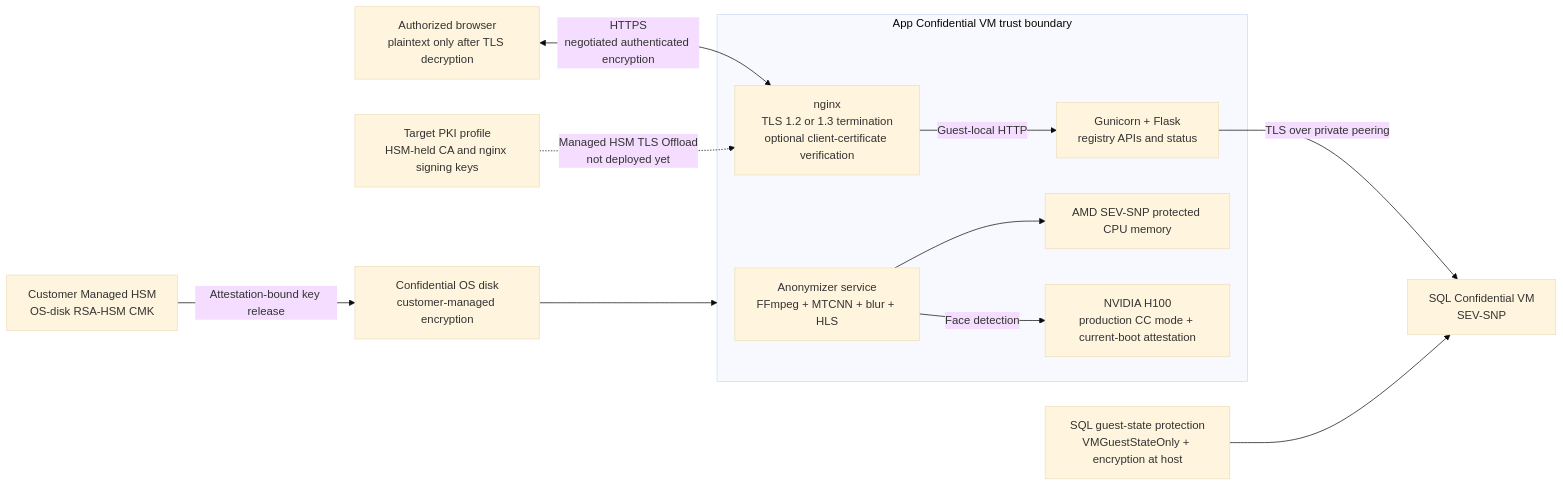
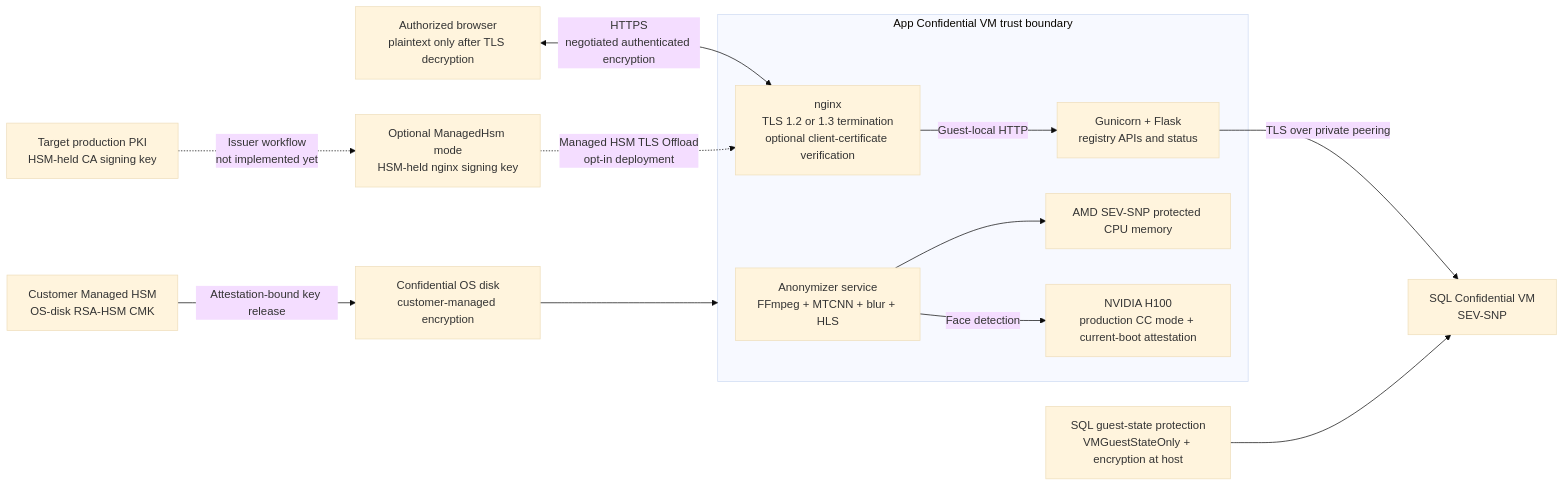
One commit to vinfnet/confidential-computing changed the fourth of 9 diagrams in sov-examples/citizen-registry-advanced/README.md. Above: the diagram before and after it, drawn with Mermaid (base theme). The commit also changed other lines of this file and 7 other files, not shown here.

````diff
--- a/sov-examples/citizen-registry-advanced/README.md
+++ b/sov-examples/citizen-registry-advanced/README.md
@@ -467,24 +473,26 @@
 ```mermaid
 flowchart LR
   Browser[Authorized browser<br/>plaintext only after TLS decryption]
 
   subgraph AppTee[App Confidential VM trust boundary]
     Nginx[nginx<br/>TLS 1.2 or 1.3 termination<br/>optional client-certificate verification]
     Flask[Gunicorn + Flask<br/>registry APIs and status]
     Worker[Anonymizer service<br/>FFmpeg + MTCNN + blur + HLS]
     Cpu[AMD SEV-SNP protected CPU memory]
     Gpu[NVIDIA H100<br/>production CC mode + current-boot attestation]
     Nginx -->|Guest-local HTTP| Flask
     Worker --> Cpu
     Worker -->|Face detection| Gpu
   end
 
   Browser <-->|HTTPS<br/>negotiated authenticated encryption| Nginx
   Flask -->|TLS over private peering| Sql[SQL Confidential VM<br/>SEV-SNP]
   AppDisk[Confidential OS disk<br/>customer-managed encryption] --> AppTee
   SqlProtection[SQL guest-state protection<br/>VMGuestStateOnly + encryption at host] --> Sql
   Hsm[Customer Managed HSM<br/>OS-disk RSA-HSM CMK] -->|Attestation-bound key release| AppDisk
 
-  Target[Target PKI profile<br/>HSM-held CA and nginx signing keys]
-  Target -.->|Managed HSM TLS Offload<br/>not deployed yet| Nginx
+  Optional[Optional ManagedHsm mode<br/>HSM-held nginx signing key]
+  Optional -.->|Managed HSM TLS Offload<br/>opt-in deployment| Nginx
+  Target[Target production PKI<br/>HSM-held CA signing key]
+  Target -.->|Issuer workflow<br/>not implemented yet| Optional
 ```
````
